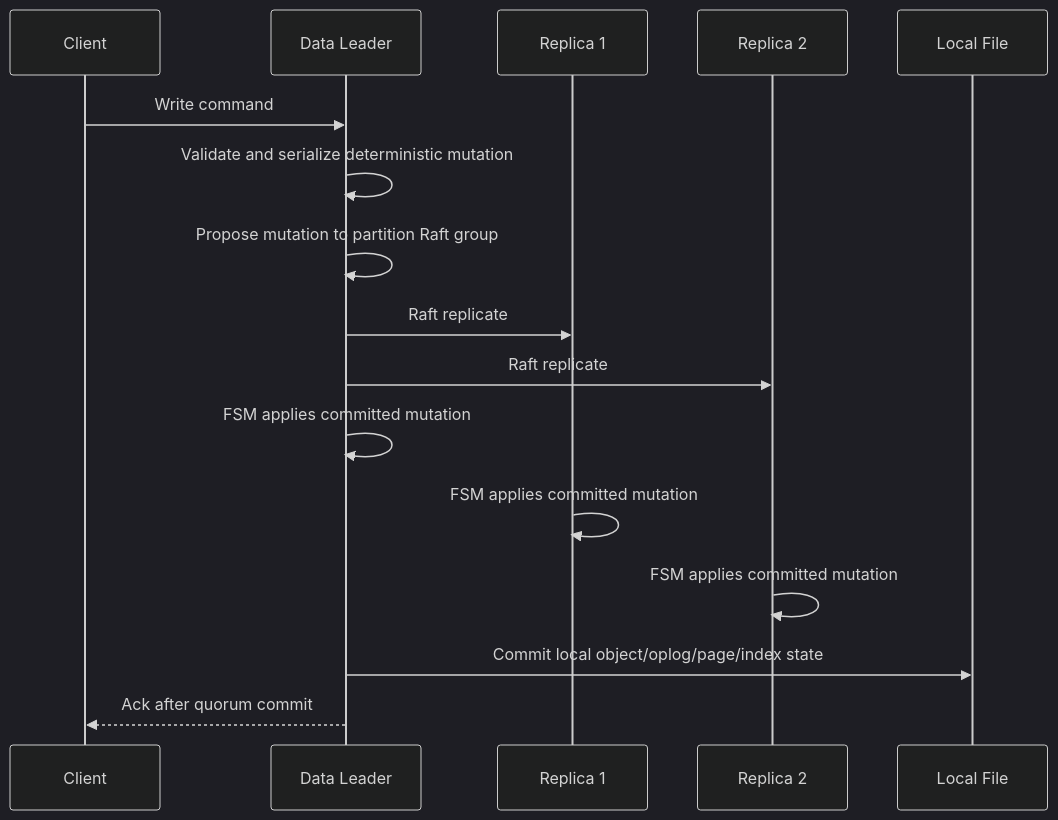
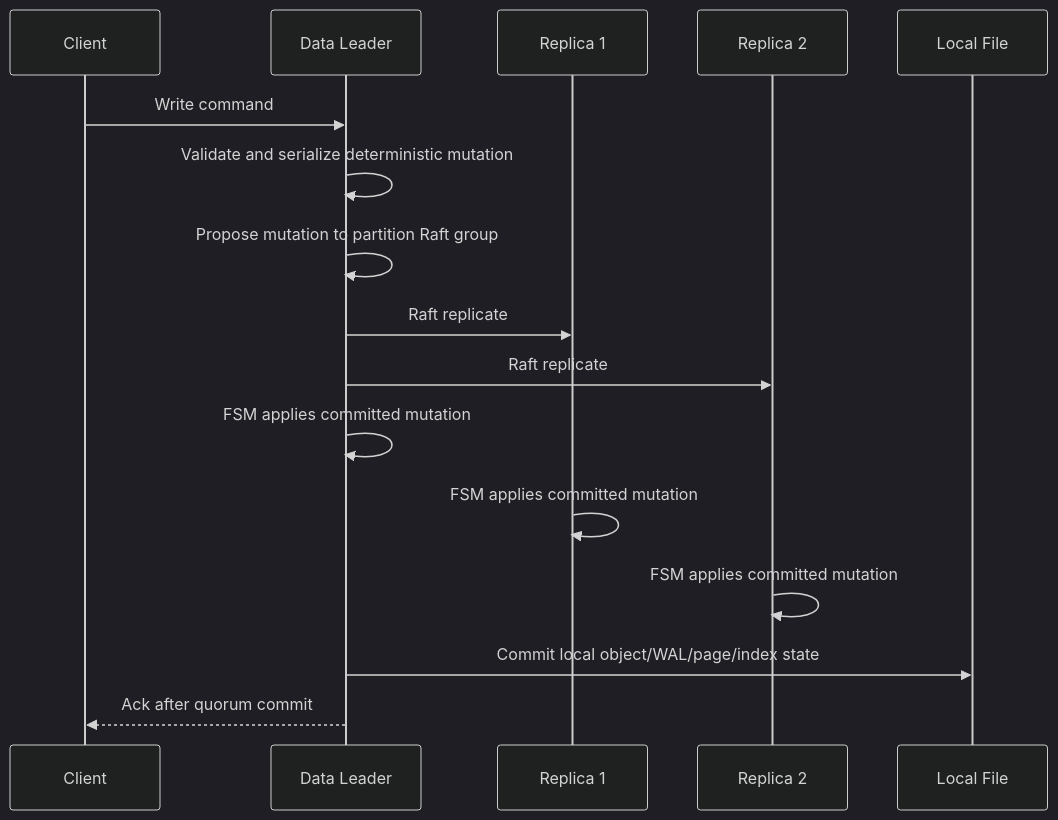
The diagram in docs/data_node_raft_replication_design.md (matrixarkai/TemporalStore), drawn with Mermaid (dark theme) before and after one commit. The commit also changed other lines of this file and 25 other files, not shown here.

````diff
--- a/docs/data_node_raft_replication_design.md
+++ b/docs/data_node_raft_replication_design.md
@@ -42,19 +42,19 @@
 ```mermaid
 sequenceDiagram
   participant C as Client
   participant L as Data Leader
   participant R1 as Replica 1
   participant R2 as Replica 2
   participant D as Local File
 
   C->>L: Write command
   L->>L: Validate and serialize deterministic mutation
   L->>L: Propose mutation to partition Raft group
   L->>R1: Raft replicate
   L->>R2: Raft replicate
   L->>L: FSM applies committed mutation
   R1->>R1: FSM applies committed mutation
   R2->>R2: FSM applies committed mutation
-  L->>D: Commit local object/oplog/page/index state
+  L->>D: Commit local object/WAL/page/index state
   L-->>C: Ack after quorum commit
 ```
````
